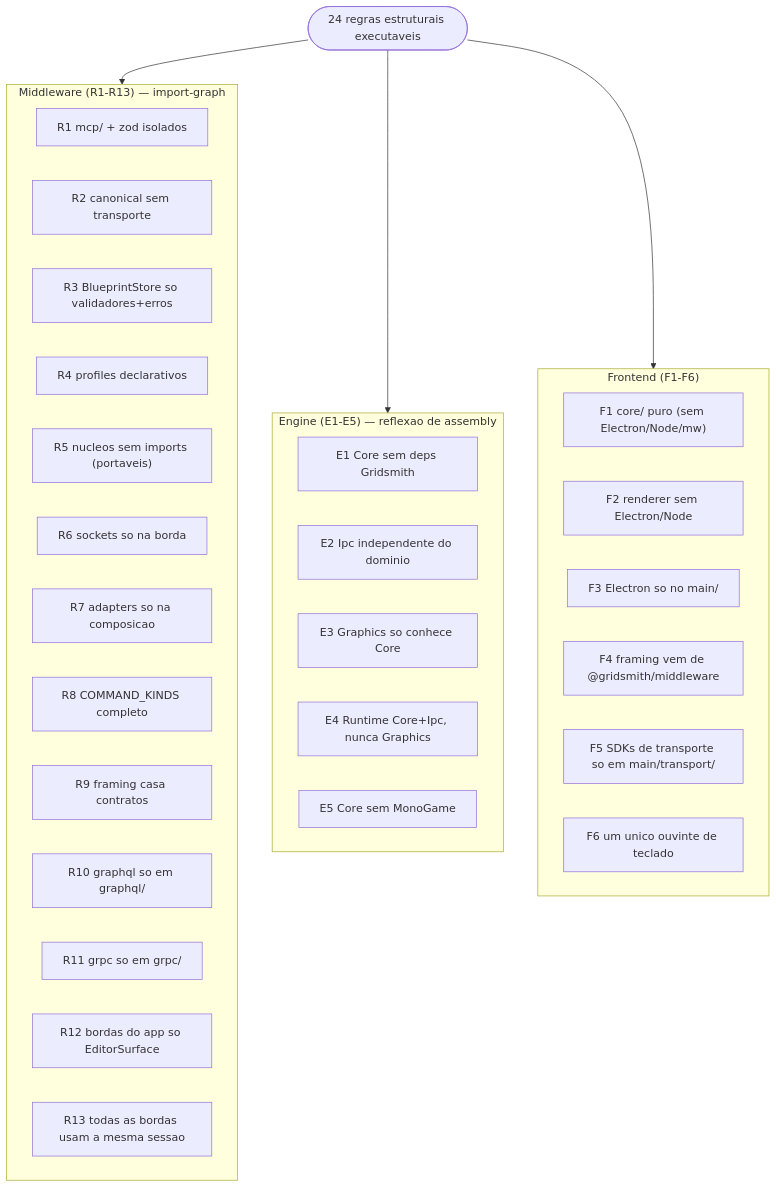
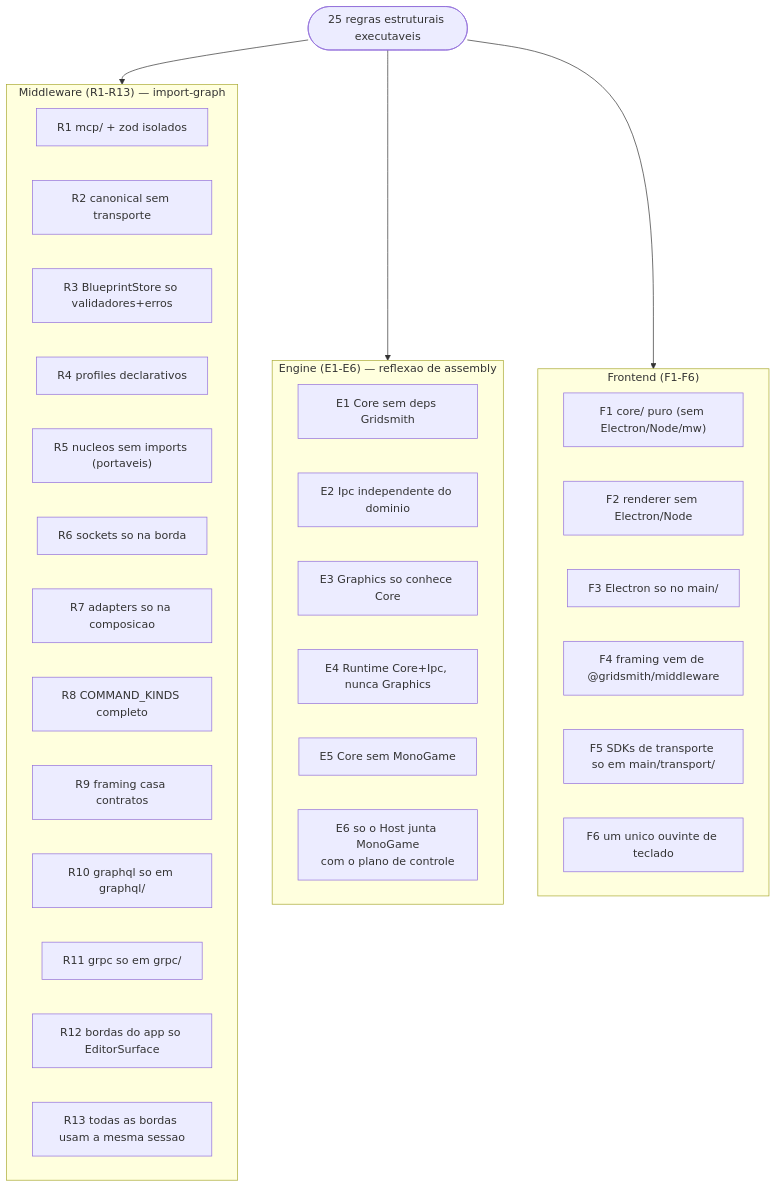
Before and after one commit to flaviotinococoutinho/Gridsmith: the second of 5 diagrams in docs/GOVERNANCE.md, drawn with Mermaid. The commit also changed other lines of this file and 14 other files, not shown here.

````diff
--- a/docs/GOVERNANCE.md
+++ b/docs/GOVERNANCE.md
@@ -69,36 +70,37 @@
 ```mermaid
 graph TD
-  ROOT(["24 regras estruturais executaveis"]) --> MWg
+  ROOT(["25 regras estruturais executaveis"]) --> MWg
   ROOT --> ENg
   ROOT --> FEg
   subgraph MWg["Middleware (R1-R13) — import-graph"]
     R1["R1 mcp/ + zod isolados"]
     R2["R2 canonical sem transporte"]
     R3["R3 BlueprintStore so validadores+erros"]
     R4["R4 profiles declarativos"]
     R5["R5 nucleos sem imports (portaveis)"]
     R6["R6 sockets so na borda"]
     R7["R7 adapters so na composicao"]
     R8["R8 COMMAND_KINDS completo"]
     R9["R9 framing casa contratos"]
     R10["R10 graphql so em graphql/"]
     R11["R11 grpc so em grpc/"]
     R12["R12 bordas do app so EditorSurface"]
     R13["R13 todas as bordas usam a mesma sessao"]
   end
-  subgraph ENg["Engine (E1-E5) — reflexao de assembly"]
+  subgraph ENg["Engine (E1-E6) — reflexao de assembly"]
     E1["E1 Core sem deps Gridsmith"]
     E2["E2 Ipc independente do dominio"]
     E3["E3 Graphics so conhece Core"]
     E4["E4 Runtime Core+Ipc, nunca Graphics"]
     E5["E5 Core sem MonoGame"]
+    E6["E6 so o Host junta MonoGame<br/>com o plano de controle"]
   end
   subgraph FEg["Frontend (F1-F6)"]
     F1["F1 core/ puro (sem Electron/Node/mw)"]
     F2["F2 renderer sem Electron/Node"]
     F3["F3 Electron so no main/"]
     F4["F4 framing vem de @gridsmith/middleware"]
     F5["F5 SDKs de transporte so em main/transport/"]
     F6["F6 um unico ouvinte de teclado"]
   end
 ```
````
